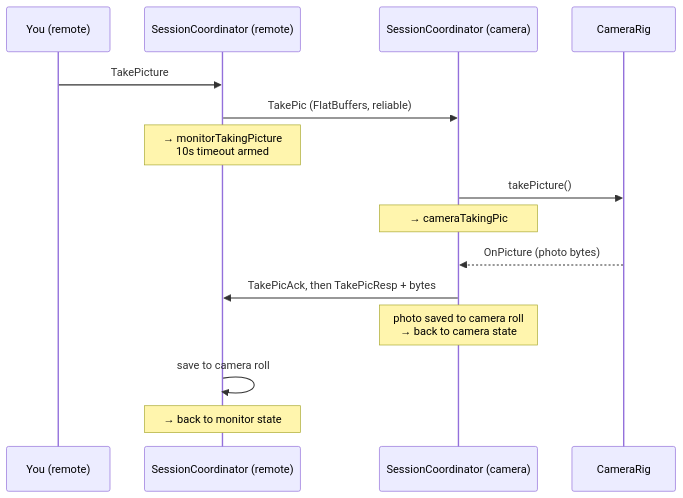
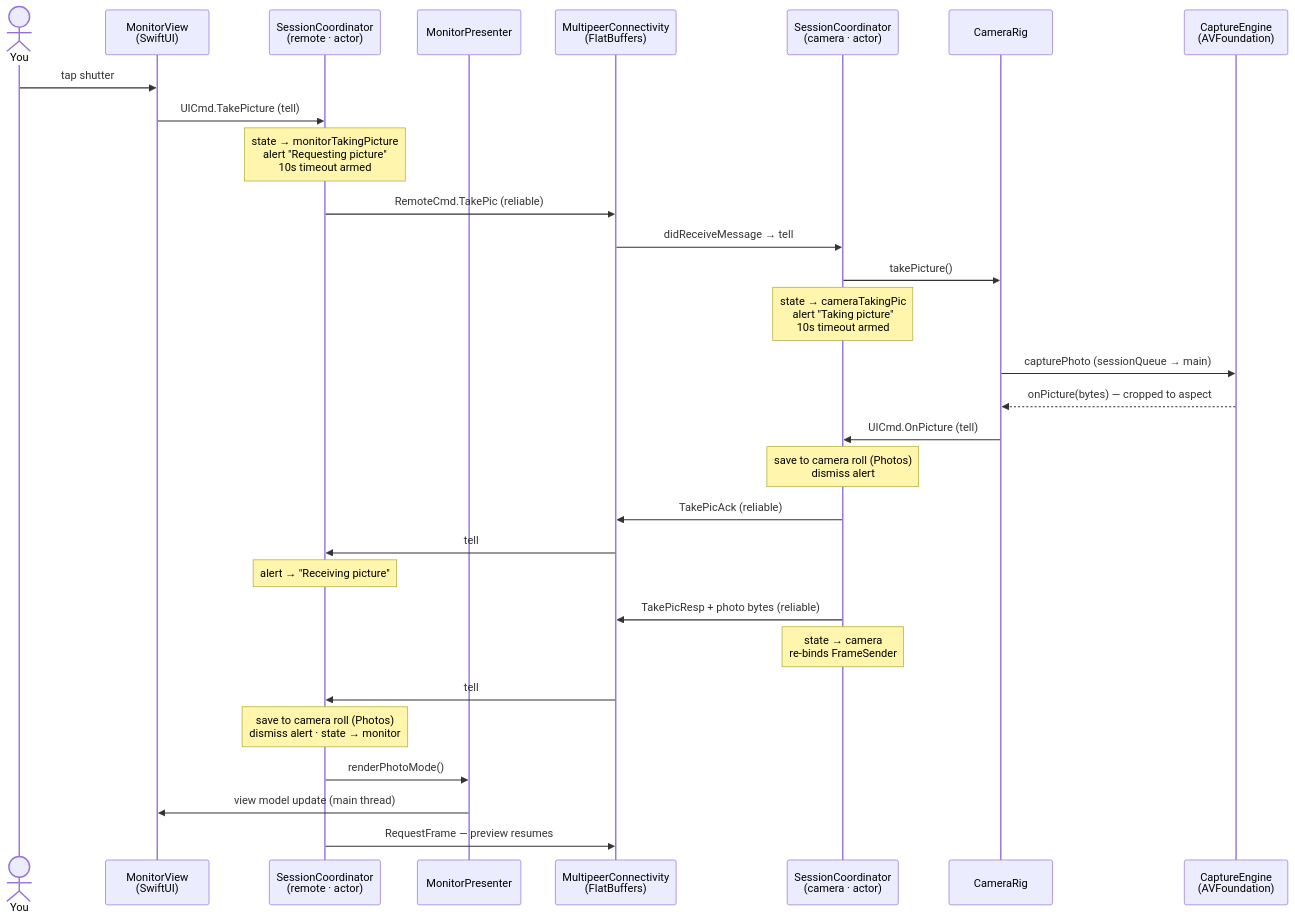
One commit to security-union/remote-shutter changed the second of 2 diagrams in Docs/ARCHITECTURE.md. Above: the diagram before and after it, drawn with Mermaid.

Commit message:
Expand the shutter-tap sequence diagram to the full class interaction
The trace now shows every collaborator around the two coordinators: the
SwiftUI view sending the UICmd, both alerts and timeouts as state notes,
the wire hops, CameraRig and CaptureEngine on the capture side, the
onPicture relay, camera-roll saves on both devices, and the
MonitorPresenter render + frame re-request when the monitor state resumes.

````diff
--- a/Docs/ARCHITECTURE.md
+++ b/Docs/ARCHITECTURE.md
@@ -83,18 +83,33 @@
 ```mermaid
 sequenceDiagram
-    participant U as You (remote)
-    participant M as SessionCoordinator (remote)
-    participant C as SessionCoordinator (camera)
-    participant R as CameraRig
+    actor U as You
+    participant MV as MonitorView<br/>(SwiftUI)
+    participant SCR as SessionCoordinator<br/>(remote · actor)
+    participant MP as MonitorPresenter
+    participant W as MultipeerConnectivity<br/>(FlatBuffers)
+    participant SCC as SessionCoordinator<br/>(camera · actor)
+    participant RIG as CameraRig
+    participant ENG as CaptureEngine<br/>(AVFoundation)
 
-    U->>M: TakePicture
-    M->>C: TakePic (FlatBuffers, reliable)
-    Note over M: → monitorTakingPicture<br/>10s timeout armed
-    C->>R: takePicture()
-    Note over C: → cameraTakingPic
-    R-->>C: OnPicture (photo bytes)
-    C->>M: TakePicAck, then TakePicResp + bytes
-    Note over C: photo saved to camera roll<br/>→ back to camera state
-    M->>M: save to camera roll
-    Note over M: → back to monitor state
+    U->>MV: tap shutter
+    MV->>SCR: UICmd.TakePicture (tell)
+    Note over SCR: state → monitorTakingPicture<br/>alert "Requesting picture"<br/>10s timeout armed
+    SCR->>W: RemoteCmd.TakePic (reliable)
+    W->>SCC: didReceiveMessage → tell
+    SCC->>RIG: takePicture()
+    Note over SCC: state → cameraTakingPic<br/>alert "Taking picture"<br/>10s timeout armed
+    RIG->>ENG: capturePhoto (sessionQueue → main)
+    ENG-->>RIG: onPicture(bytes) — cropped to aspect
+    RIG->>SCC: UICmd.OnPicture (tell)
+    Note over SCC: save to camera roll (Photos)<br/>dismiss alert
+    SCC->>W: TakePicAck (reliable)
+    W->>SCR: tell
+    Note over SCR: alert → "Receiving picture"
+    SCC->>W: TakePicResp + photo bytes (reliable)
+    Note over SCC: state → camera<br/>re-binds FrameSender
+    W->>SCR: tell
+    Note over SCR: save to camera roll (Photos)<br/>dismiss alert · state → monitor
+    SCR->>MP: renderPhotoMode()
+    MP->>MV: view model update (main thread)
+    SCR->>W: RequestFrame — preview resumes
 ```
````
